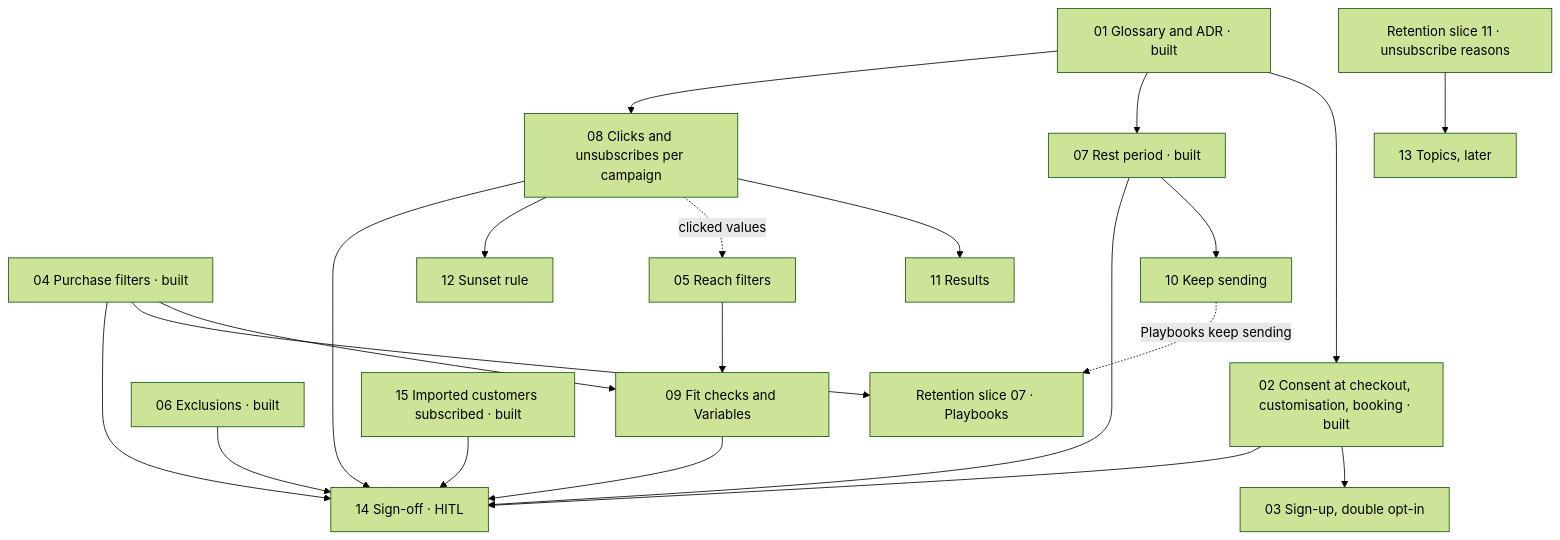
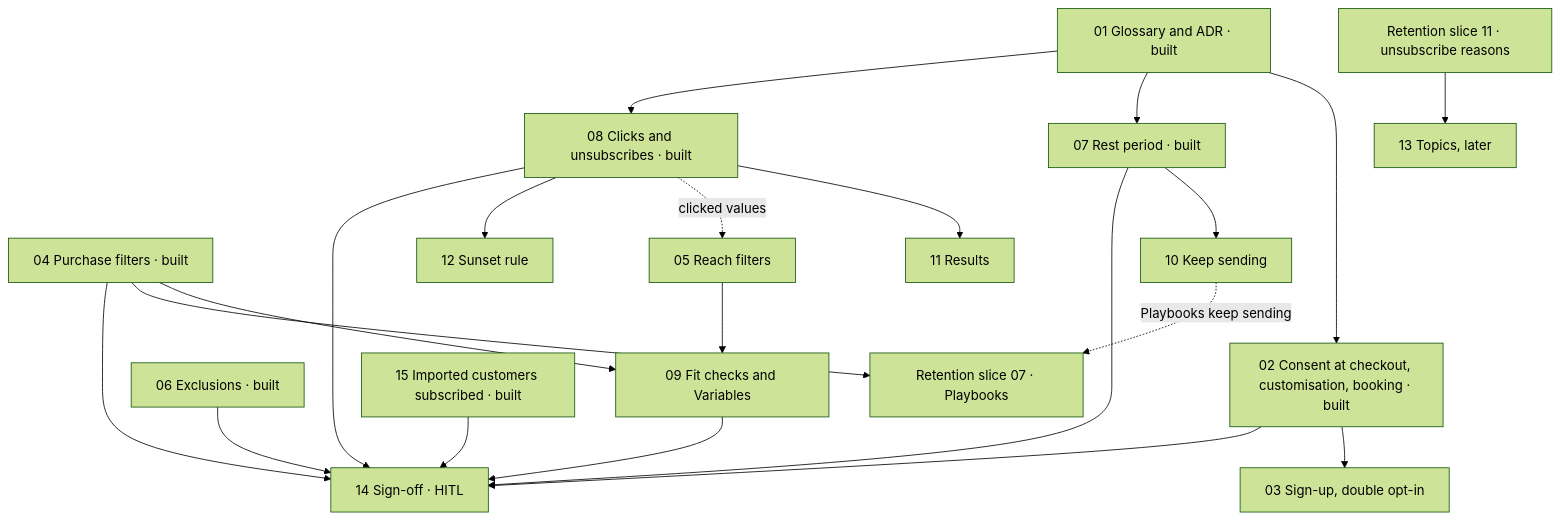
Before and after one commit to ivanyeors/mp: the diagram in .claude/PRD-campaign-audiences/issues/README.md, drawn with Mermaid (forest theme). The commit also changed other lines of this file and 37 other files, not shown here.

First line of the commit message:
Campaign clicks and unsubscribes, tied to the send that caused them

````diff
--- a/.claude/PRD-campaign-audiences/issues/README.md
+++ b/.claude/PRD-campaign-audiences/issues/README.md
@@ -34,39 +34,39 @@
 ```mermaid
 graph TD
   s01[01 Glossary and ADR · built]
   s02[02 Consent at checkout, customisation, booking · built]
   s03[03 Sign-up, double opt-in]
   s04[04 Purchase filters · built]
   s05[05 Reach filters]
   s06[06 Exclusions · built]
   s07[07 Rest period · built]
-  s08[08 Clicks and unsubscribes per campaign]
+  s08[08 Clicks and unsubscribes · built]
   s09[09 Fit checks and Variables]
   s10[10 Keep sending]
   s11[11 Results]
   s12[12 Sunset rule]
   s13[13 Topics, later]
   s14[14 Sign-off · HITL]
   s15[15 Imported customers subscribed · built]
   r07[Retention slice 07 · Playbooks]
   r11[Retention slice 11 · unsubscribe reasons]
 
   s15 --> s14
   s01 --> s02 --> s03
   s01 --> s07 --> s10
   s01 --> s08
   s08 --> s11
   s08 -. clicked values .-> s05
   s08 --> s12
   s04 --> s09
   s05 --> s09
   s04 --> r07
   s10 -. Playbooks keep sending .-> r07
   r11 --> s13
   s02 --> s14
   s04 --> s14
   s06 --> s14
   s07 --> s14
   s08 --> s14
   s09 --> s14
 ```
````
